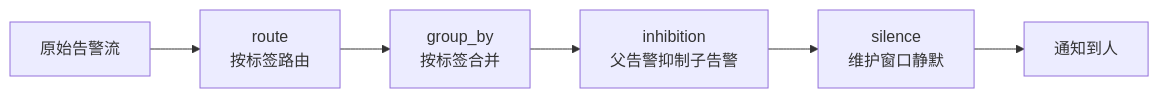
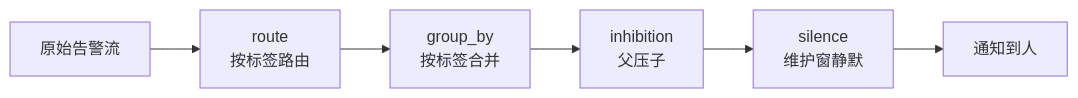
One commit to ml-cuizijun/LearnToLilith changed the third of 5 diagrams in 09-可观测性与SRE方法论/03-告警设计与降噪/知识点.md. Above: the diagram before and after it, drawn with Mermaid. The commit also changed other lines of this file and 178 other files, not shown here.

````diff
--- a/09-可观测性与SRE方法论/03-告警设计与降噪/知识点.md
+++ b/09-可观测性与SRE方法论/03-告警设计与降噪/知识点.md
@@ -160,8 +142,8 @@
 ```mermaid
 flowchart LR
     ALERT["原始告警流"] --> ROUTE["route<br/>按标签路由"]
     ROUTE --> GROUP["group_by<br/>按标签合并"]
-    GROUP --> INHIBIT["inhibition<br/>父告警抑制子告警"]
-    INHIBIT --> SILENCE["silence<br/>维护窗口静默"]
+    GROUP --> INHIBIT["inhibition<br/>父压子"]
+    INHIBIT --> SILENCE["silence<br/>维护窗静默"]
     SILENCE --> NOTIFY["通知到人"]
 ```
````
